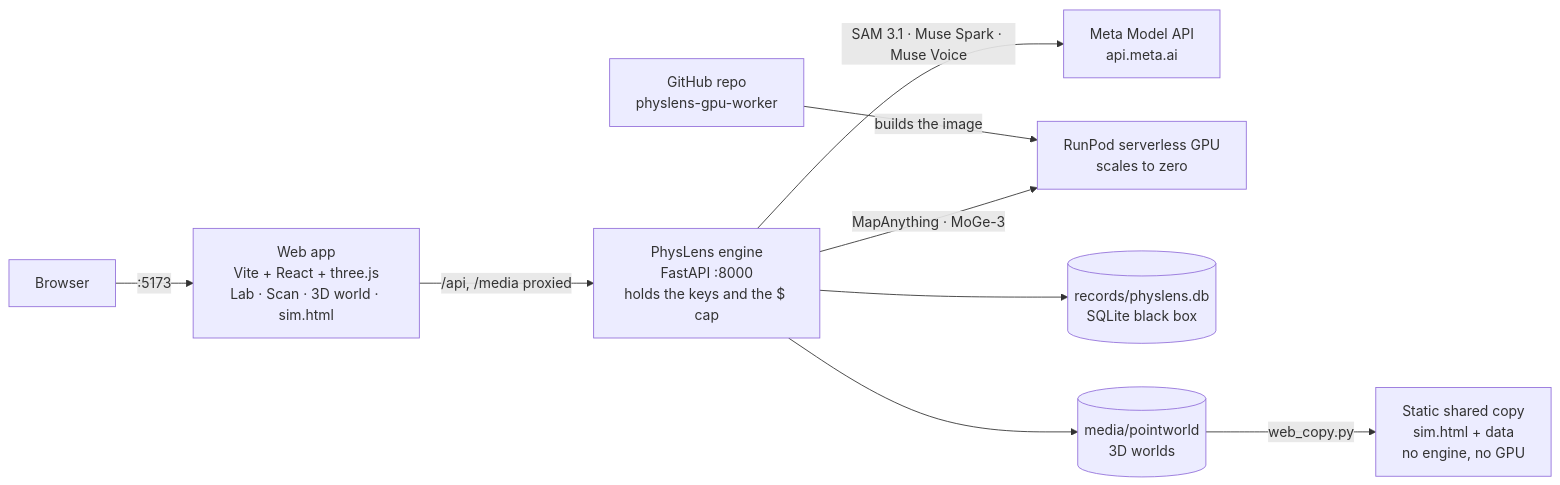
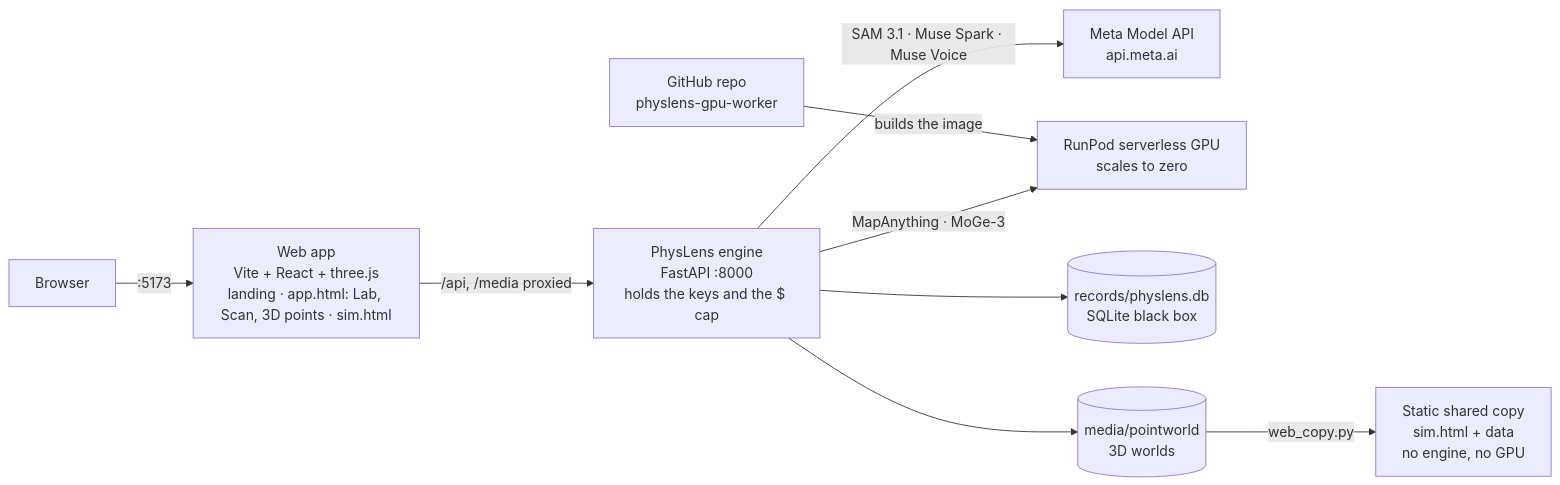
The first of 6 diagrams in docs/ARCHITECTURE.md (ShivaTeja05/physlens), drawn with Mermaid before and after one commit. The commit also changed 70 other files, not shown here.

````diff
--- a/docs/ARCHITECTURE.md
+++ b/docs/ARCHITECTURE.md
@@ -11,11 +11,11 @@
 ```mermaid
 flowchart LR
-  B[Browser] -->|:5173| W[Web app<br/>Vite + React + three.js<br/>Lab · Scan · 3D world · sim.html]
+  B[Browser] -->|:5173| W[Web app<br/>Vite + React + three.js<br/>landing · app.html: Lab, Scan, 3D points · sim.html]
   W -->|/api, /media proxied| E[PhysLens engine<br/>FastAPI :8000<br/>holds the keys and the $ cap]
   E -->|SAM 3.1 · Muse Spark · Muse Voice| META[Meta Model API<br/>api.meta.ai]
   E -->|MapAnything · MoGe-3| GPU[RunPod serverless GPU<br/>scales to zero]
   GH[GitHub repo<br/>physlens-gpu-worker] -->|builds the image| GPU
   E --> DB[(records/physlens.db<br/>SQLite black box)]
   E --> MED[(media/pointworld<br/>3D worlds)]
   MED -->|web_copy.py| SH[Static shared copy<br/>sim.html + data<br/>no engine, no GPU]
 ```
````
